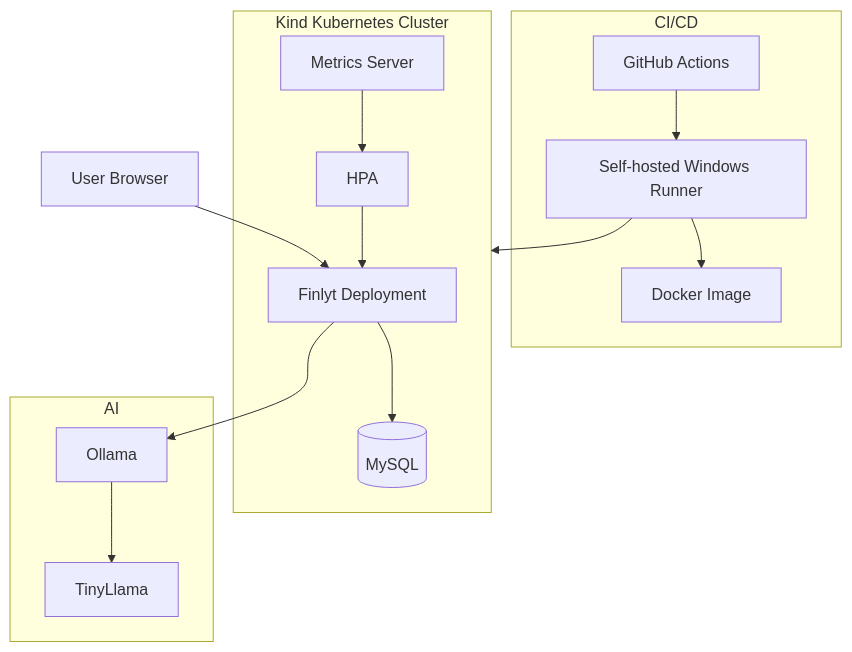
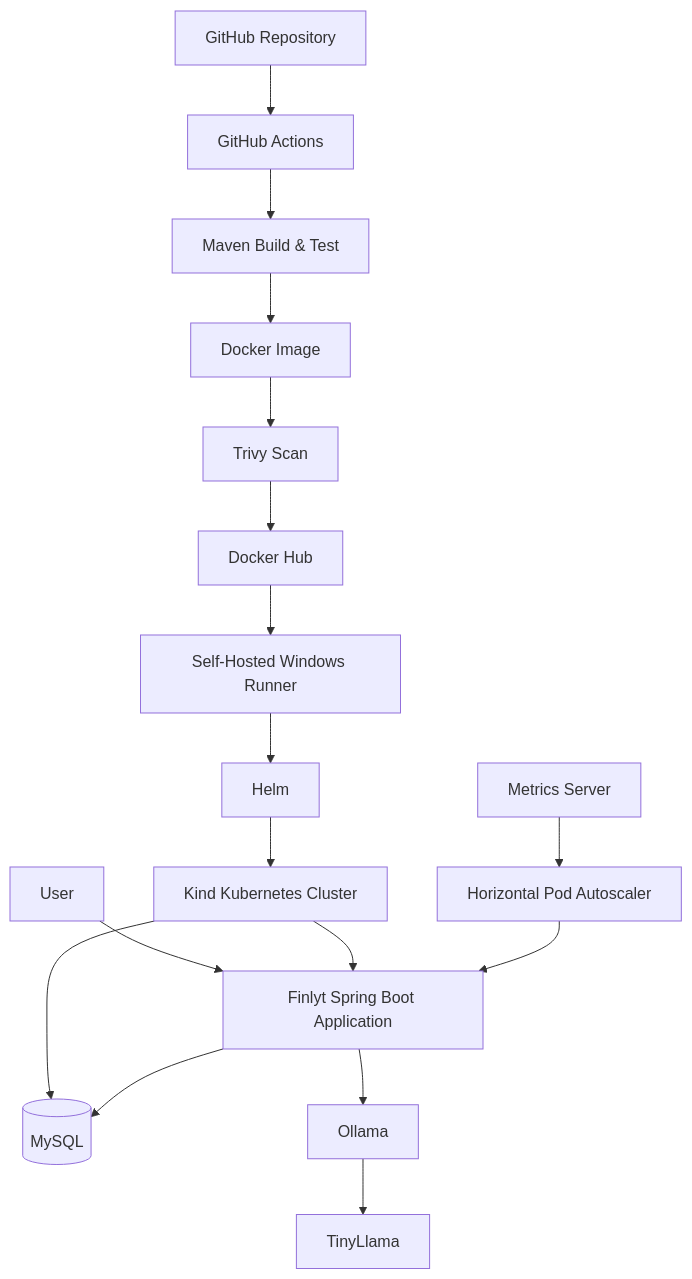
Before and after one commit to gudduhhh/Finlyt: the diagram in README.md, drawn with Mermaid. The commit also changed other lines of this file, not shown here.

Commit message:
Update README for current Finlyt implementation

````diff
--- a/README.md
+++ b/README.md
@@ -34,32 +116,24 @@
 ```mermaid
-graph TD
-    User[User Browser]
+flowchart TD
+    User[User] --> App[Finlyt Spring Boot Application]
 
-    subgraph CI["CI/CD"]
-        GH[GitHub Actions]
-        Runner[Self-hosted Windows Runner]
-        Docker[Docker Image]
-    end
+    Git[GitHub Repository] --> CI[GitHub Actions]
+    CI --> Build[Maven Build & Test]
+    Build --> Docker[Docker Image]
+    Docker --> Trivy[Trivy Scan]
+    Trivy --> Registry[Docker Hub]
 
-    subgraph K8S["Kind Kubernetes Cluster"]
-        App[Finlyt Deployment]
-        HPA[HPA]
-        Metrics[Metrics Server]
-        MySQL[(MySQL)]
-    end
+    Registry --> Runner[Self-Hosted Windows Runner]
+    Runner --> Helm[Helm]
+    Helm --> Cluster[Kind Kubernetes Cluster]
 
-    subgraph AI["AI"]
-        Ollama[Ollama]
-        Tiny[TinyLlama]
-    end
+    Cluster --> App
+    Cluster --> MySQL[(MySQL)]
+    App --> MySQL
 
-    User --> App
-    GH --> Runner
-    Runner --> Docker
-    Runner --> K8S
+    App --> Ollama[Ollama]
+    Ollama --> TinyLlama[TinyLlama]
+
+    Metrics[Metrics Server] --> HPA[Horizontal Pod Autoscaler]
     HPA --> App
-    Metrics --> HPA
-    App --> MySQL
-    App --> Ollama
-    Ollama --> Tiny
 ```
````
